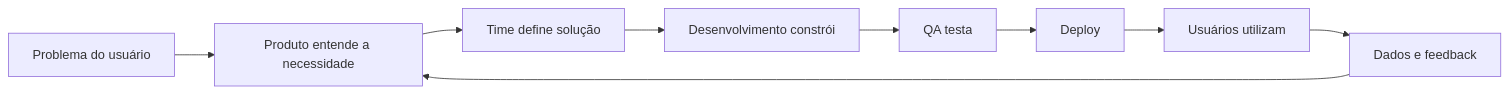
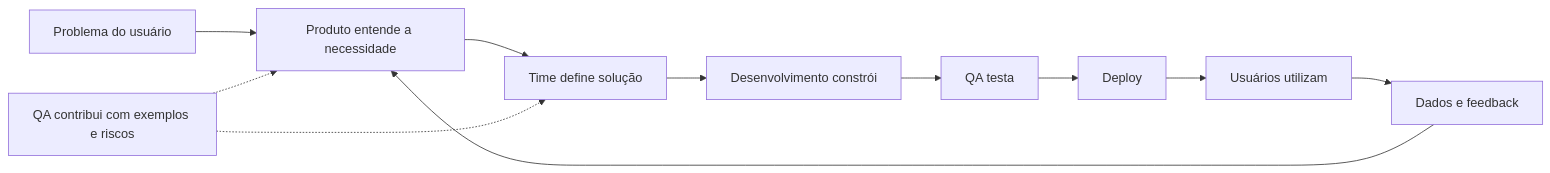
The diagram in aulas/modulo-01-aula-02-como-funciona-uma-empresa-tech.md (Eduardo-Alves1/dtem-treinamentos-ebooks-landpage), drawn with Mermaid before and after one commit. The commit also changed other lines of this file and 50 other files, not shown here.

````diff
--- a/aulas/modulo-01-aula-02-como-funciona-uma-empresa-tech.md
+++ b/aulas/modulo-01-aula-02-como-funciona-uma-empresa-tech.md
@@ -135,11 +137,13 @@
 ```mermaid
 flowchart LR
     A[Problema do usuário] --> B[Produto entende a necessidade]
     B --> C[Time define solução]
+    Q[QA contribui com exemplos e riscos] -.-> B
+    Q -.-> C
     C --> D[Desenvolvimento constrói]
     D --> E[QA testa]
     E --> F[Deploy]
     F --> G[Usuários utilizam]
     G --> H[Dados e feedback]
     H --> B
 ```
````
